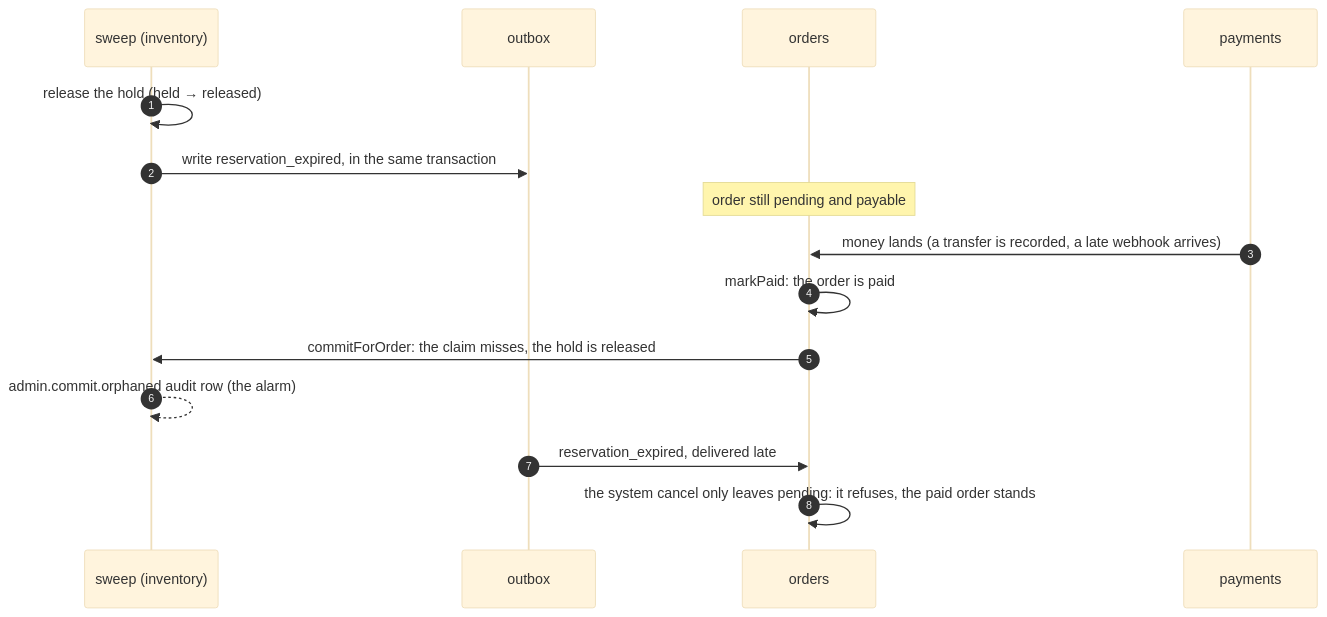
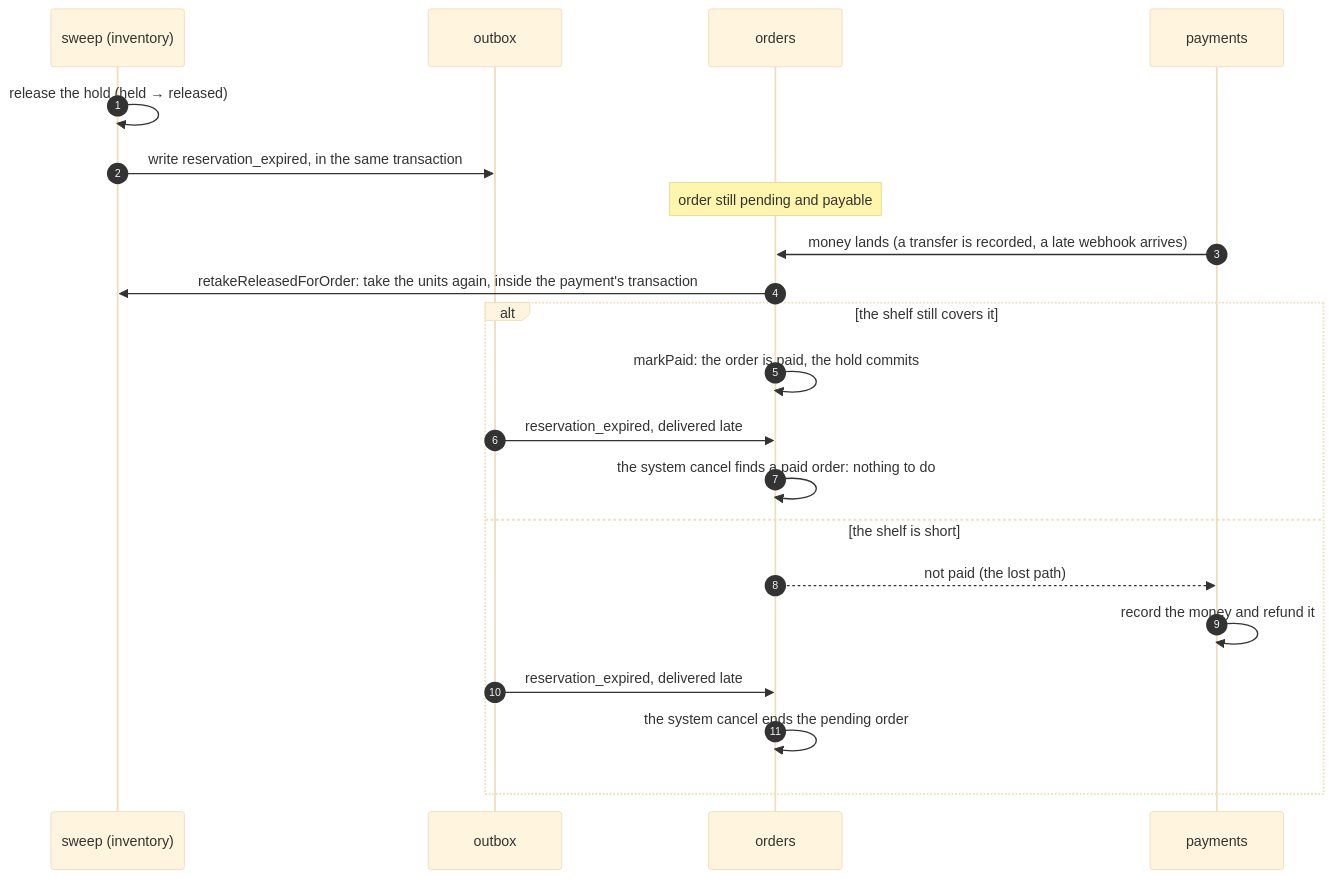
Before and after one commit to Guebbit/boilerplate-node-backend: the third of 3 diagrams in docs/modules/inventory-reservations.md, drawn with Mermaid (base theme). The commit also changed other lines of this file and 10 other files, not shown here.

````diff
--- a/docs/modules/inventory-reservations.md
+++ b/docs/modules/inventory-reservations.md
@@ -234,17 +253,23 @@
 ```mermaid
 sequenceDiagram
     autonumber
     participant S as sweep (inventory)
     participant X as outbox
     participant O as orders
     participant P as payments
     S->>S: release the hold (held → released)
     S->>X: write reservation_expired, in the same transaction
     Note over O: order still pending and payable
     P->>O: money lands (a transfer is recorded, a late webhook arrives)
-    O->>O: markPaid: the order is paid
-    O->>S: commitForOrder: the claim misses, the hold is released
-    S-->>S: admin.commit.orphaned audit row (the alarm)
-    X->>O: reservation_expired, delivered late
-    O->>O: the system cancel only leaves pending: it refuses, the paid order stands
+    O->>S: retakeReleasedForOrder: take the units again, inside the payment's transaction
+    alt the shelf still covers it
+        O->>O: markPaid: the order is paid, the hold commits
+        X->>O: reservation_expired, delivered late
+        O->>O: the system cancel finds a paid order: nothing to do
+    else the shelf is short
+        O-->>P: not paid (the lost path)
+        P->>P: record the money and refund it
+        X->>O: reservation_expired, delivered late
+        O->>O: the system cancel ends the pending order
+    end
 ```
````
